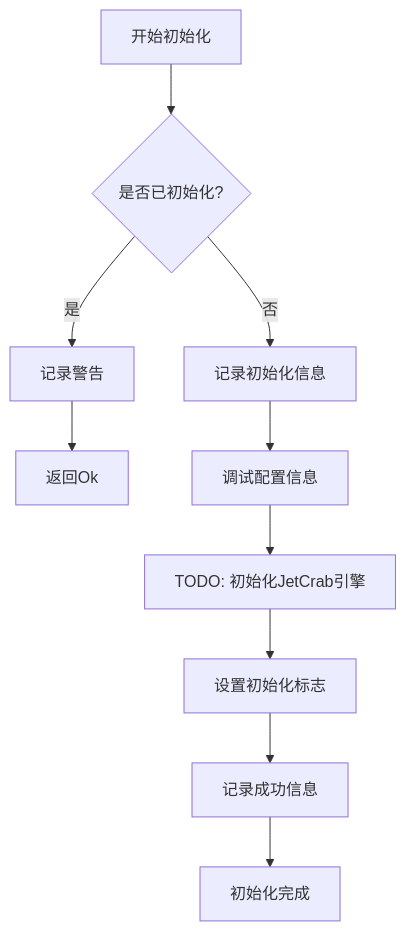
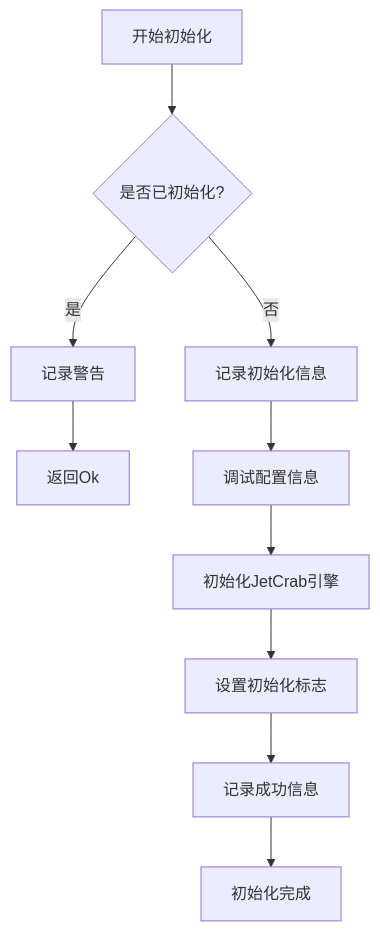
The tenth of 22 diagrams in .qoder/repowiki/zh/content/技术架构详解/JS沙箱运行时/Iris-JetCrab运行时.md (itszzl-sudo/iris), drawn with Mermaid before and after one commit. The commit also changed other lines of this file and 34 other files, not shown here.

````diff
--- a/.qoder/repowiki/zh/content/技术架构详解/JS沙箱运行时/Iris-JetCrab运行时.md
+++ b/.qoder/repowiki/zh/content/技术架构详解/JS沙箱运行时/Iris-JetCrab运行时.md
@@ -554,11 +558,11 @@
 ```mermaid
 flowchart TD
 START[开始初始化] --> CHECK_INIT{是否已初始化?}
 CHECK_INIT --> |是| WARN[记录警告] --> RETURN_OK[返回Ok]
 CHECK_INIT --> |否| LOG_INFO[记录初始化信息]
 LOG_INFO --> DEBUG_CONFIG[调试配置信息]
-DEBUG_CONFIG --> TODO_INIT[TODO: 初始化JetCrab引擎]
-TODO_INIT --> SET_FLAG[设置初始化标志]
+DEBUG_CONFIG --> INIT_ENGINE[初始化JetCrab引擎]
+INIT_ENGINE --> SET_FLAG[设置初始化标志]
 SET_FLAG --> LOG_SUCCESS[记录成功信息]
 LOG_SUCCESS --> END[初始化完成]
 ```
````
